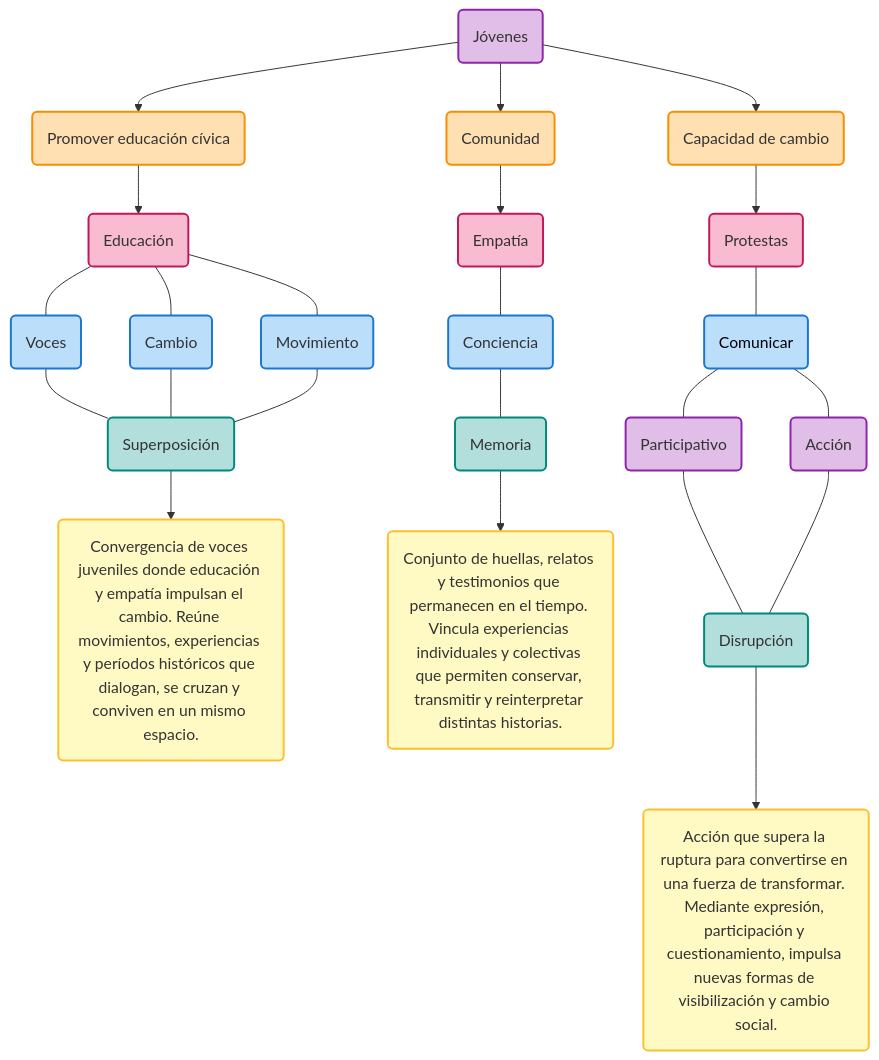
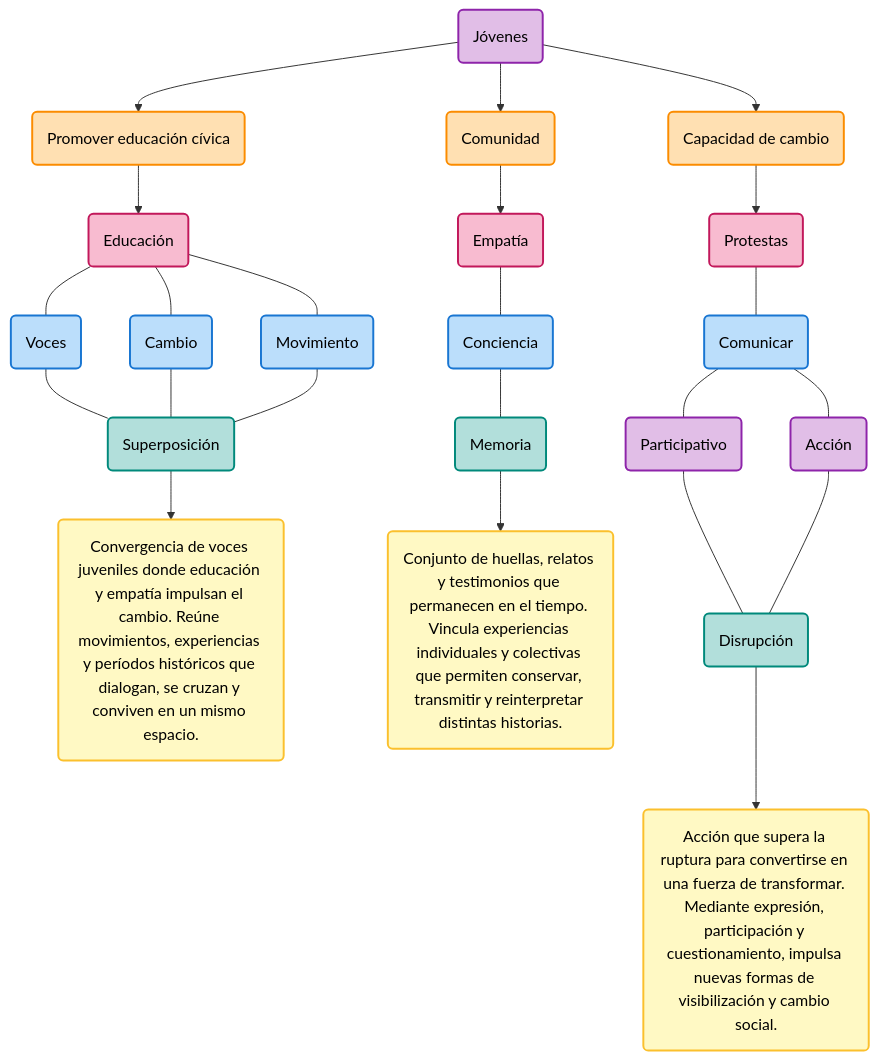
Before and after one commit to vxlentiinaa/museografia_DIS8628: the diagram in README.md, drawn with Mermaid.

````diff
--- a/README.md
+++ b/README.md
@@ -17,49 +17,68 @@
 ```mermaid
 flowchart TB
     A("Jóvenes") --> B("Promover educación cívica") & I("Comunidad") & N("Capacidad de cambio")
     B --> C("Educación")
     C --- D["Voces"] & E("Cambio") & F("Movimiento")
     D --- G("Superposición")
     E --- G
     F --- G
     G --> H("Convergencia de voces juveniles donde educación y empatía impulsan el cambio. Reúne movimientos, experiencias y períodos históricos que dialogan, se cruzan y conviven en un mismo espacio.")
     I --> J("Empatía")
     J --- K("Conciencia")
     K --- L("Memoria")
     L --> M("Conjunto de huellas, relatos y testimonios que permanecen en el tiempo. Vincula experiencias individuales y colectivas que permiten conservar, transmitir y reinterpretar distintas historias.")
     N --> O("Protestas")
     O --- P("Comunicar")
     P --- Q("Participativo") & R("Acción")
     Q --- S("Disrupción")
     R --- S
     S --> T("Acción que supera la ruptura para convertirse en una fuerza de transformar. Mediante expresión, participación y cuestionamiento, impulsa nuevas formas de visibilización y cambio social.")
 
     D@{ shape: rounded}
      A:::purple
      B:::orange
      C:::pink
      D:::blue
      E:::blue
      F:::blue
      G:::green
      H:::yellow
      I:::orange
      J:::pink
      K:::blue
      L:::green
      M:::yellow
      N:::orange
      O:::pink
      P:::blue
      Q:::purple
      R:::purple
      S:::green
      T:::yellow
     classDef green fill:#B2DFDB,stroke:#00897B,stroke-width:2px
     classDef orange fill:#FFE0B2,stroke:#FB8C00,stroke-width:2px
     classDef blue fill:#BBDEFB,stroke:#1976D2,stroke-width:2px
     classDef yellow fill:#FFF9C4,stroke:#FBC02D,stroke-width:2px
     classDef pink fill:#F8BBD0,stroke:#C2185B,stroke-width:2px
     classDef purple fill:#E1BEE7,stroke:#8E24AA,stroke-width:2px
+    style A color:#000000
+    style B color:#000000
+    style C color:#000000
+    style D color:#000000
+    style E color:#000000
+    style F color:#000000
+    style G color:#000000
+    style H color:#000000
+    style I color:#000000
+    style J color:#000000
+    style K color:#000000
+    style L color:#000000
+    style M color:#000000
+    style N color:#000000
+    style O color:#000000
     style P color:#000000
+    style Q color:#000000
+    style R color:#000000
+    style S color:#000000
+    style T color:#000000
 ```
````
